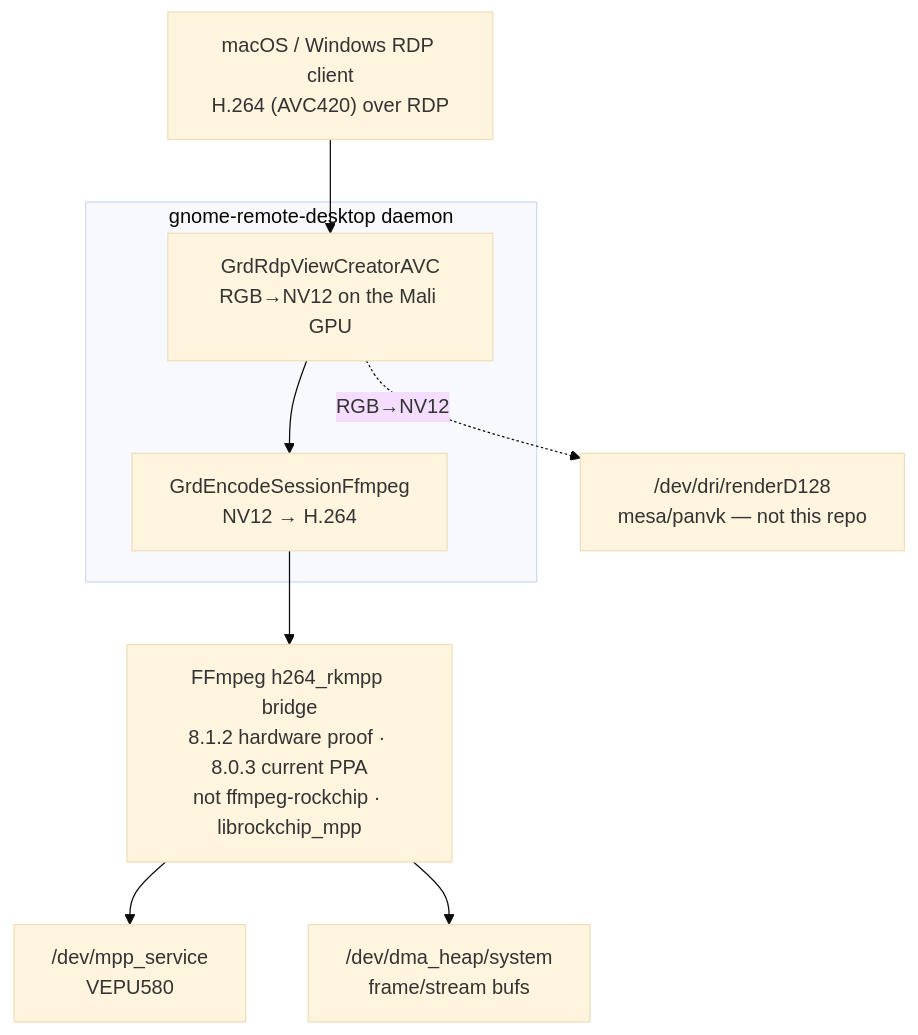
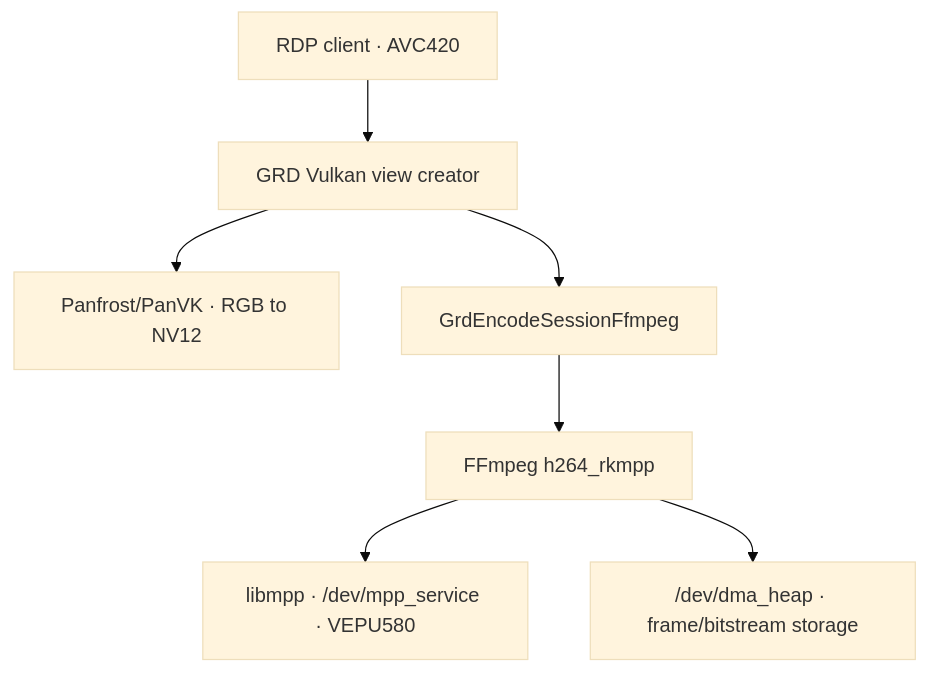
The diagram in apps/gnome-remote-desktop/README.md (yisding/rock-5b-ysp), drawn with Mermaid (base theme) before and after one commit. The commit also changed other lines of this file and 7 other files, not shown here.

````diff
--- a/apps/gnome-remote-desktop/README.md
+++ b/apps/gnome-remote-desktop/README.md
@@ -110,19 +77,9 @@
 ```mermaid
 flowchart TB
-  client["macOS / Windows RDP client<br/>H.264 (AVC420) over RDP"]
-  view["GrdRdpViewCreatorAVC<br/>RGB→NV12 on the Mali GPU"]
-  enc["GrdEncodeSessionFfmpeg<br/>NV12 → H.264"]
-  gpu["/dev/dri/renderD128<br/>mesa/panvk — not this repo"]
-  ffmpeg["FFmpeg h264_rkmpp bridge<br/>8.1.2 hardware proof · 8.0.3 current PPA<br/>not ffmpeg-rockchip · librockchip_mpp"]
-  mpp["/dev/mpp_service<br/>VEPU580"]
-  heap["/dev/dma_heap/system<br/>frame/stream bufs"]
-
-  client --> view
-  subgraph grd["gnome-remote-desktop daemon"]
-    view --> enc
-  end
-  view -. RGB→NV12 .-> gpu
-  enc --> ffmpeg
-  ffmpeg --> mpp
-  ffmpeg --> heap
+  client["RDP client · AVC420"] --> view["GRD Vulkan view creator"]
+  view --> gpu["Panfrost/PanVK · RGB to NV12"]
+  view --> enc["GrdEncodeSessionFfmpeg"]
+  enc --> ffmpeg["FFmpeg h264_rkmpp"]
+  ffmpeg --> mpp["libmpp · /dev/mpp_service · VEPU580"]
+  ffmpeg --> heap["/dev/dma_heap · frame/bitstream storage"]
 ```
````
